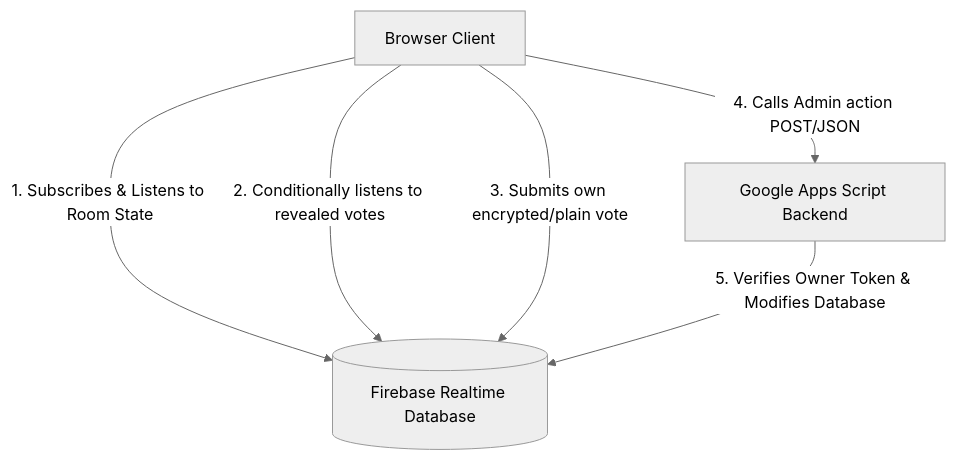
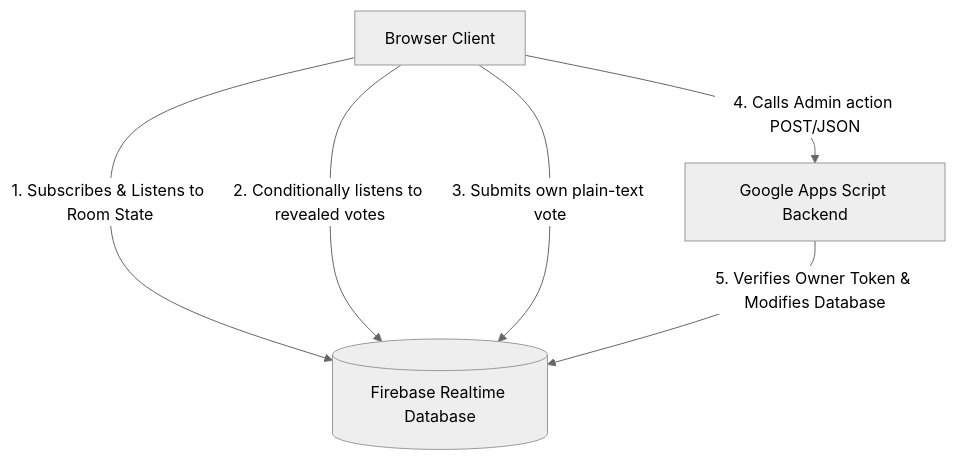
The diagram in Gemini.md (vitalii-marchenko/planning-poker), drawn with Mermaid (neutral theme) before and after one commit. The commit also changed other lines of this file and 2 other files, not shown here.

````diff
--- a/Gemini.md
+++ b/Gemini.md
@@ -23,17 +23,17 @@
 ```mermaid
 graph TD
     Client[Browser Client]
     RTDB[(Firebase Realtime Database)]
     GAS[Google Apps Script Backend]
 
     %% Client and Firebase interaction
     Client -- 1. Subscribes & Listens to Room State --> RTDB
     Client -- 2. Conditionally listens to revealed votes --> RTDB
-    Client -- 3. Submits own encrypted/plain vote --> RTDB
+    Client -- 3. Submits own plain-text vote --> RTDB
 
     %% Client and Apps Script interaction
     Client -- 4. Calls Admin action POST/JSON --> GAS
 
     %% Apps Script and Firebase interaction
     GAS -- 5. Verifies Owner Token & Modifies Database --> RTDB
 ```
````
